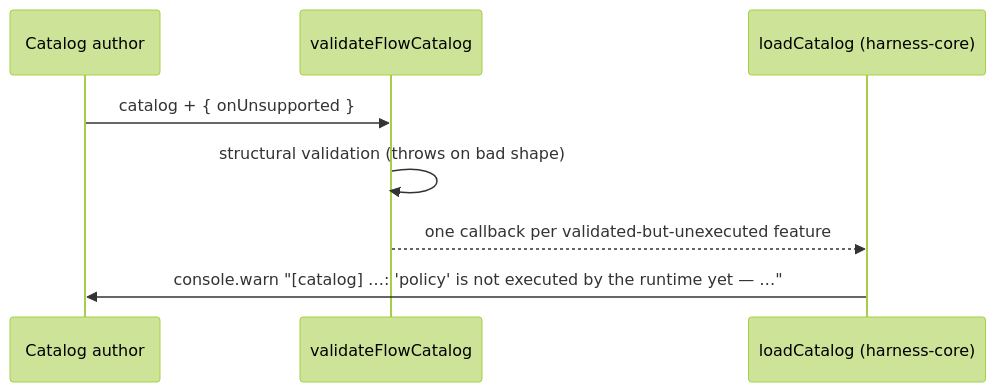
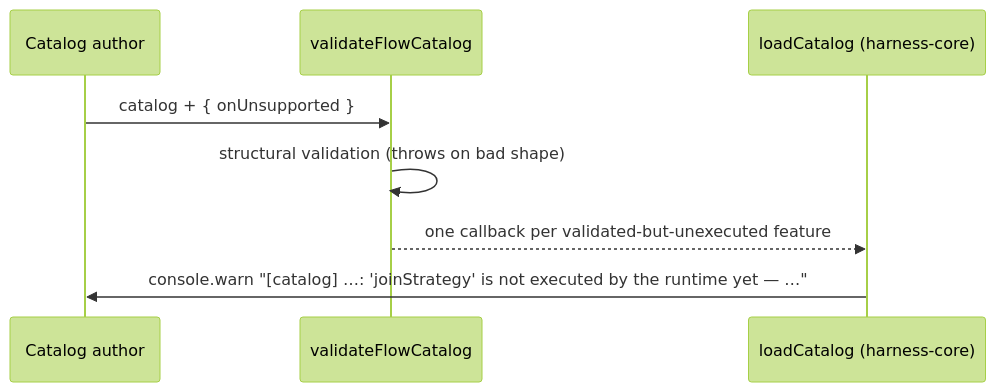
Before and after one commit to JefeLabs/helmsmith: the third of 3 diagrams in platform/harness/flow-spec/SPEC.md, drawn with Mermaid (forest theme). The commit also changed other lines of this file and 9 other files, not shown here.

First line of the commit message:
feat(flow-spec): policy is executed — report deleted fixture-first (2.3)

````diff
--- a/platform/harness/flow-spec/SPEC.md
+++ b/platform/harness/flow-spec/SPEC.md
@@ -129,10 +129,10 @@
 ```mermaid
 sequenceDiagram
     participant A as Catalog author
     participant V as validateFlowCatalog
     participant L as loadCatalog (harness-core)
     A->>V: catalog + { onUnsupported }
     V->>V: structural validation (throws on bad shape)
     V-->>L: one callback per validated-but-unexecuted feature
-    L->>A: console.warn "[catalog] …: 'policy' is not executed by the runtime yet — …"
+    L->>A: console.warn "[catalog] …: 'joinStrategy' is not executed by the runtime yet — …"
 ```
````
